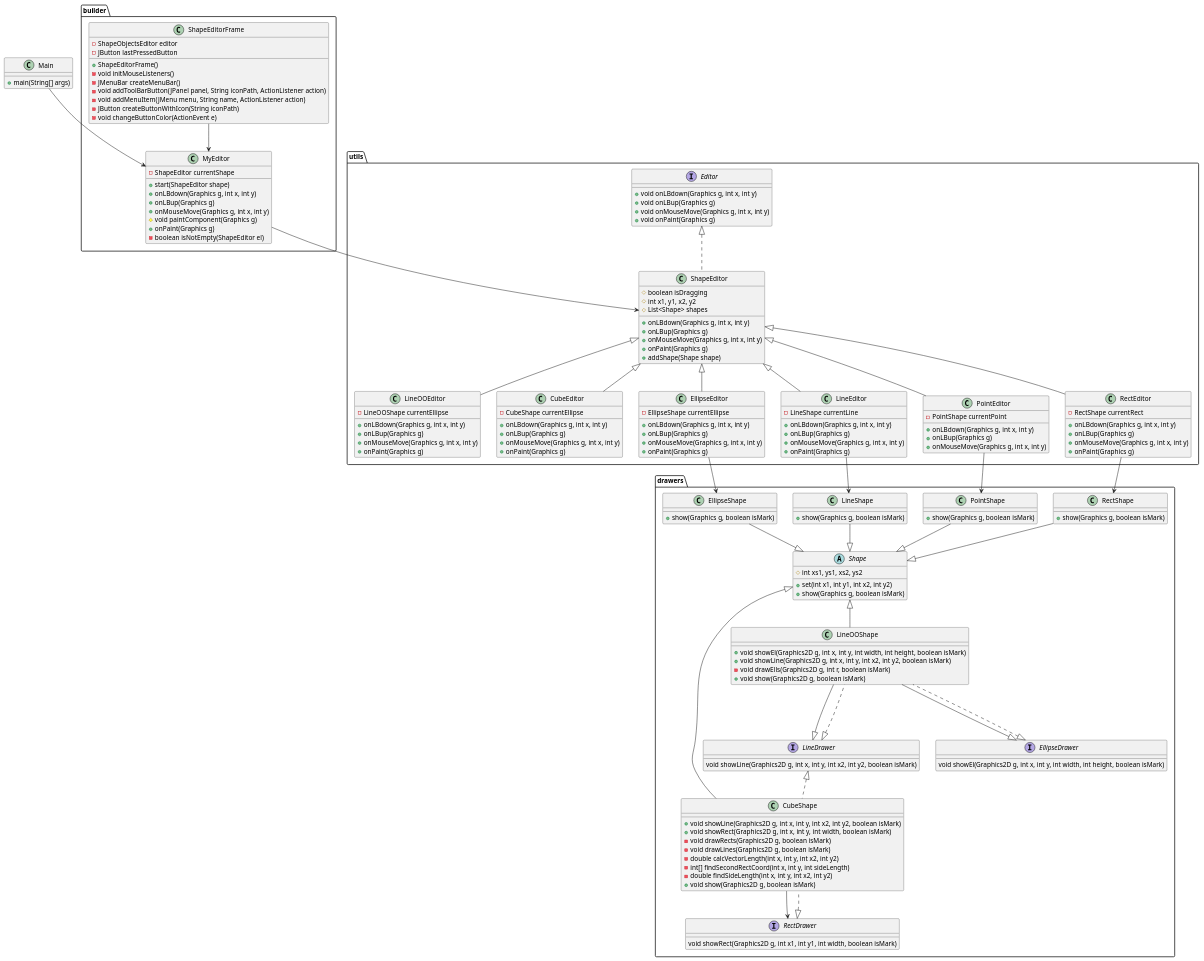
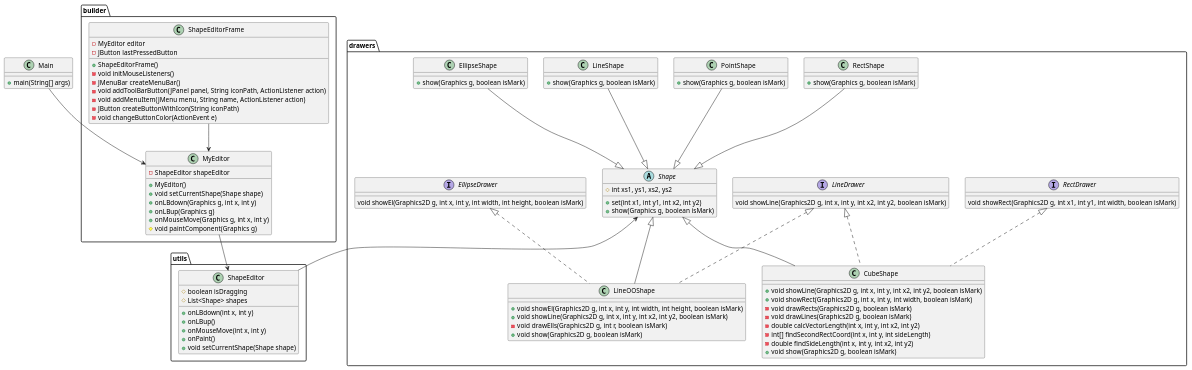
Before and after one commit to DmytroHalai/lab5_oop: the diagram in src/diagram.puml, drawn with PlantUML. The commit also changed 2 other files, not shown here.

```diff
--- a/src/diagram.puml
+++ b/src/diagram.puml
@@ -1,171 +1,107 @@
 @startuml
 
 package utils {
-    interface Editor {
-        +void onLBdown(Graphics g, int x, int y)
-        +void onLBup(Graphics g)
-        +void onMouseMove(Graphics g, int x, int y)
-        +void onPaint(Graphics g)
-    }
-
-    class ShapeEditor implements Editor{
+    class ShapeEditor{
         #boolean isDragging
-        #int x1, y1, x2, y2
         #List<Shape> shapes
-        +onLBdown(Graphics g, int x, int y)
-        +onLBup(Graphics g)
-        +onMouseMove(Graphics g, int x, int y)
-        +onPaint(Graphics g)
-        +addShape(Shape shape)
-    }
-
-    class LineOOEditor extends ShapeEditor {
-        -LineOOShape currentEllipse
-        +onLBdown(Graphics g, int x, int y)
-        +onLBup(Graphics g)
-        +onMouseMove(Graphics g, int x, int y)
-        +onPaint(Graphics g)
-    }
-
-    class CubeEditor extends ShapeEditor {
-        -CubeShape currentEllipse
-        +onLBdown(Graphics g, int x, int y)
-        +onLBup(Graphics g)
-        +onMouseMove(Graphics g, int x, int y)
-        +onPaint(Graphics g)
-    }
-
-    class EllipseEditor extends ShapeEditor {
-        -EllipseShape currentEllipse
-        +onLBdown(Graphics g, int x, int y)
-        +onLBup(Graphics g)
-        +onMouseMove(Graphics g, int x, int y)
-        +onPaint(Graphics g)
-    }
-
-    class LineEditor extends ShapeEditor {
-        -LineShape currentLine
-        +onLBdown(Graphics g, int x, int y)
-        +onLBup(Graphics g)
-        +onMouseMove(Graphics g, int x, int y)
-        +onPaint(Graphics g)
-    }
-
-    class PointEditor extends ShapeEditor {
-        -PointShape currentPoint
-        +onLBdown(Graphics g, int x, int y)
-        +onLBup(Graphics g)
-        +onMouseMove(Graphics g, int x, int y)
-
-    }
-
-    class RectEditor extends ShapeEditor {
-        -RectShape currentRect
-        +onLBdown(Graphics g, int x, int y)
-        +onLBup(Graphics g)
-        +onMouseMove(Graphics g, int x, int y)
-        +onPaint(Graphics g)
+        +onLBdown(int x, int y)
+        +onLBup()
+        +onMouseMove(int x, int y)
+        +onPaint()
+        +void setCurrentShape(Shape shape)
     }
 }
 
 package builder {
     class ShapeEditorFrame {
-        -ShapeObjectsEditor editor
+        -MyEditor editor
         -JButton lastPressedButton
         +ShapeEditorFrame()
         -void initMouseListeners()
         -JMenuBar createMenuBar()
         -void addToolBarButton(JPanel panel, String iconPath, ActionListener action)
         -void addMenuItem(JMenu menu, String name, ActionListener action)
         -JButton createButtonWithIcon(String iconPath)
         -void changeButtonColor(ActionEvent e)
     }
 
     class MyEditor {
-        -ShapeEditor currentShape
-        +start(ShapeEditor shape)
+        -ShapeEditor shapeEditor
+        +MyEditor()
+        +void setCurrentShape(Shape shape)
         +onLBdown(Graphics g, int x, int y)
         +onLBup(Graphics g)
         +onMouseMove(Graphics g, int x, int y)
         #void paintComponent(Graphics g)
-        +onPaint(Graphics g)
-        -boolean isNotEmpty(ShapeEditor el)
     }
 
 }
 
 package drawers {
     abstract class Shape {
         #int xs1, ys1, xs2, ys2
         +set(int x1, int y1, int x2, int y2)
         +show(Graphics g, boolean isMark)
     }
 
     Shape <|-u- EllipseShape
     Shape <|-u- LineShape
     Shape <|-u- PointShape
     Shape <|-u- RectShape
 
     class EllipseShape {
         +show(Graphics g, boolean isMark)
     }
 
     class LineShape {
         +show(Graphics g, boolean isMark)
     }
 
     class PointShape {
         +show(Graphics g, boolean isMark)
     }
 
     class RectShape {
         +show(Graphics g, boolean isMark)
     }
 
     class CubeShape extends Shape implements LineDrawer, RectDrawer {
         +void showLine(Graphics2D g, int x, int y, int x2, int y2, boolean isMark)
         +void showRect(Graphics2D g, int x, int y, int width, boolean isMark)
         -void drawRects(Graphics2D g, boolean isMark)
         -void drawLines(Graphics2D g, boolean isMark)
         -double calcVectorLength(int x, int y, int x2, int y2)
         -int[] findSecondRectCoord(int x, int y, int sideLength)
         -double findSideLength(int x, int y, int x2, int y2)
         +void show(Graphics2D g, boolean isMark)
     }
 
     interface EllipseDrawer {
         void showEl(Graphics2D g, int x, int y, int width, int height, boolean isMark)
     }
 
     interface LineDrawer {
         void showLine(Graphics2D g, int x, int y, int x2, int y2, boolean isMark)
     }
 
     class LineOOShape extends Shape implements EllipseDrawer, LineDrawer {
         +void showEl(Graphics2D g, int x, int y, int width, int height, boolean isMark)
         +void showLine(Graphics2D g, int x, int y, int x2, int y2, boolean isMark)
         -void drawElls(Graphics2D g, int r, boolean isMark)
         +void show(Graphics2D g, boolean isMark)
     }
 
     interface RectDrawer {
         void showRect(Graphics2D g, int x1, int y1, int width, boolean isMark)
     }
 }
 
 class Main {
     +main(String[] args)
 }
 
 Main --> MyEditor
 ShapeEditorFrame --> MyEditor
 MyEditor --> ShapeEditor
-EllipseEditor --> EllipseShape
-LineEditor --> LineShape
-PointEditor --> PointShape
-RectEditor --> RectShape
-LineOOShape ---|> LineDrawer
-CubeShape --> RectDrawer
-LineOOShape ---|> EllipseDrawer
-
+Shape <-- ShapeEditor
 @enduml
```
